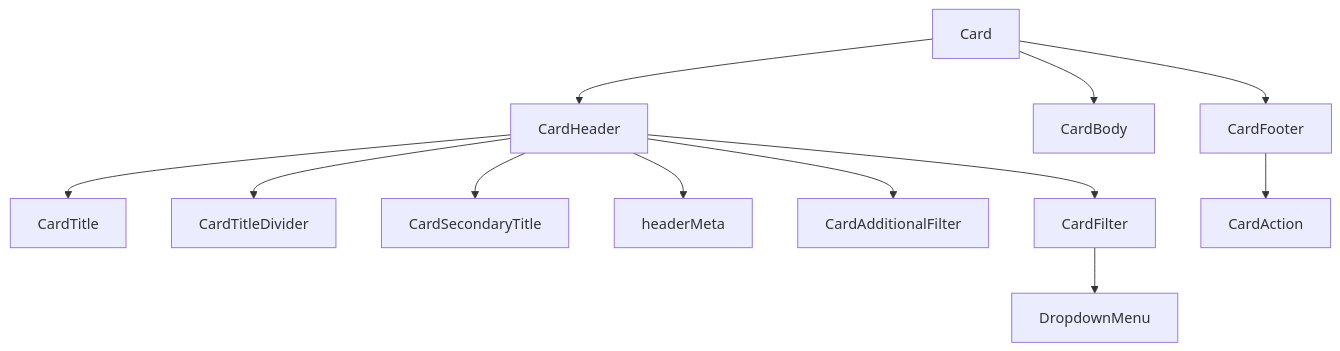
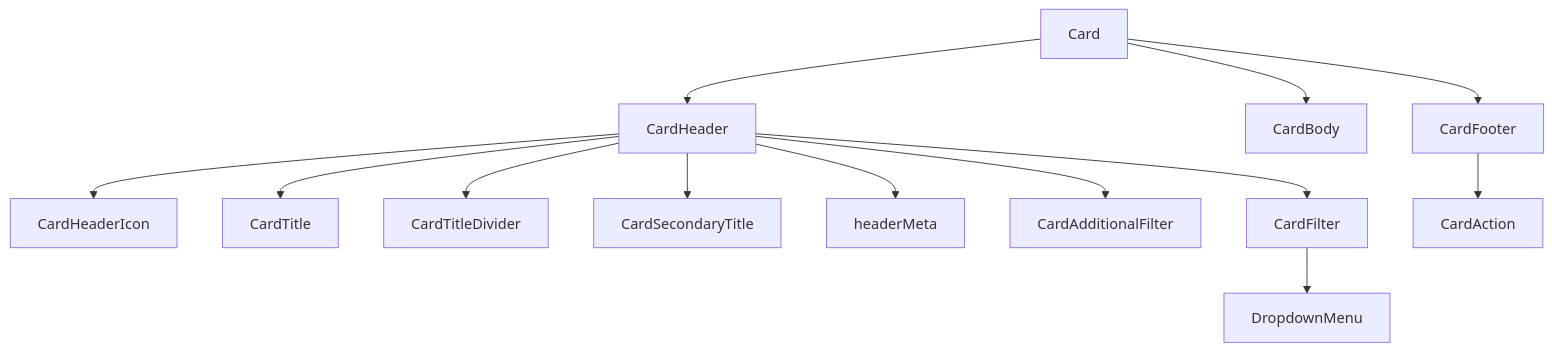
One commit to BrainDumpster/SDD-IDS changed the diagram in components/ids/card/design-spec.md. Above: the diagram before and after it, drawn with Mermaid. The commit also changed other lines of this file and 8 other files, not shown here.

````diff
--- a/components/ids/card/design-spec.md
+++ b/components/ids/card/design-spec.md
@@ -59,14 +115,29 @@
 ```mermaid
+
 flowchart TD
+
   Card --> CardHeader
+
   Card --> CardBody
+
   Card --> CardFooter
+
+  CardHeader --> CardHeaderIcon
+
   CardHeader --> CardTitle
+
   CardHeader --> CardTitleDivider
+
   CardHeader --> CardSecondaryTitle
+
   CardHeader --> headerMeta
+
   CardHeader --> CardAdditionalFilter
+
   CardHeader --> CardFilter
+
   CardFilter --> DropdownMenu
+
   CardFooter --> CardAction
+
 ```
````
